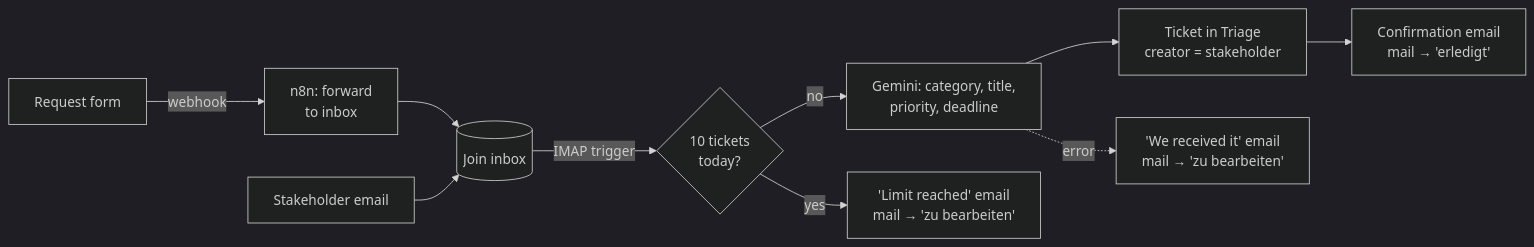
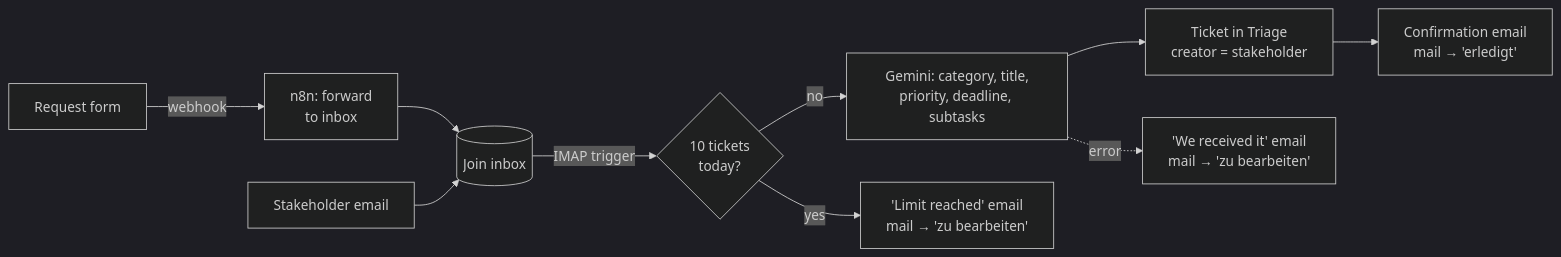
The diagram in README.md (AngeloDevLab/join-3187), drawn with Mermaid (dark theme) before and after one commit. The commit also changed other lines of this file and 2 other files, not shown here.

Commit message:
docs: AI subtasks and current column names in the README and schema

````diff
--- a/README.md
+++ b/README.md
@@ -23,12 +23,12 @@
 ```mermaid
 flowchart LR
     form["Request form"] -->|webhook| fwd["n8n: forward<br/>to inbox"]
     fwd --> inbox[("Join inbox")]
     mail["Stakeholder email"] --> inbox
     inbox -->|IMAP trigger| limit{"10 tickets<br/>today?"}
-    limit -->|no| ai["Gemini: category, title,<br/>priority, deadline"]
+    limit -->|no| ai["Gemini: category, title,<br/>priority, deadline, subtasks"]
     ai --> task["Ticket in Triage<br/>creator = stakeholder"]
     task --> ok["Confirmation email<br/>mail → 'erledigt'"]
     limit -->|yes| full["'Limit reached' email<br/>mail → 'zu bearbeiten'"]
     ai -.->|error| err["'We received it' email<br/>mail → 'zu bearbeiten'"]
 ```
````
